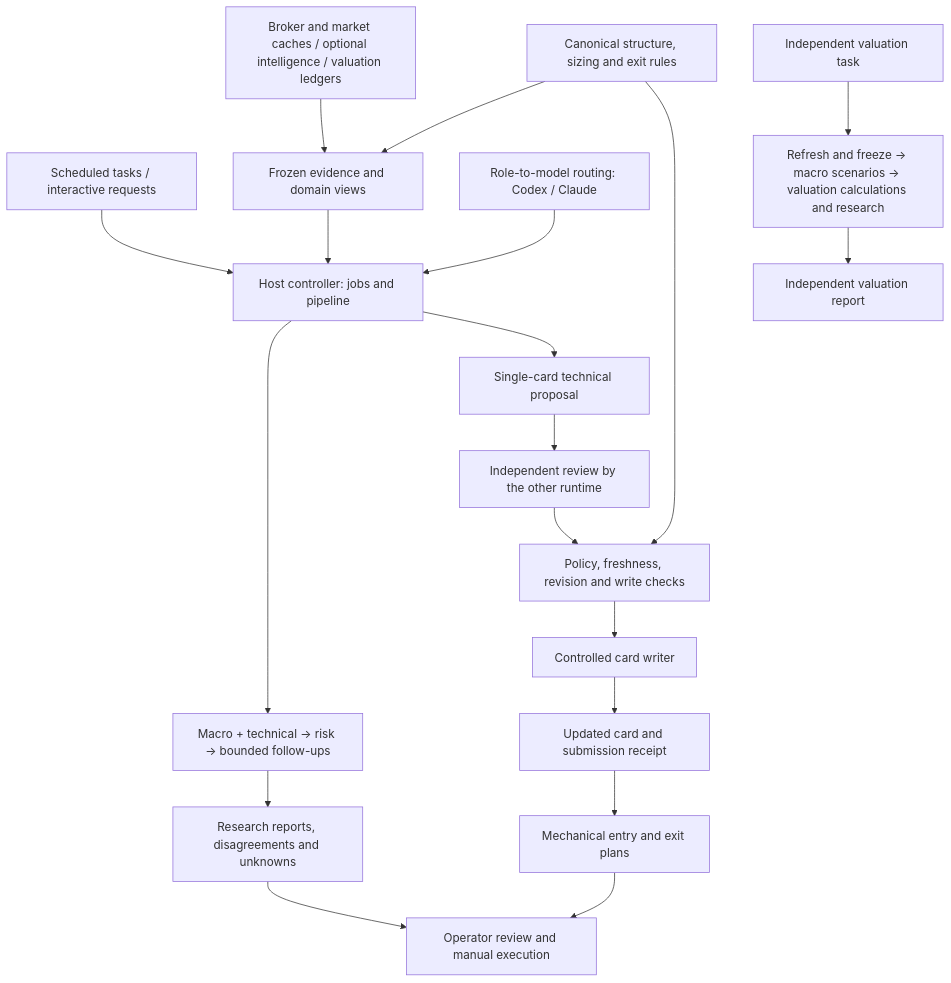
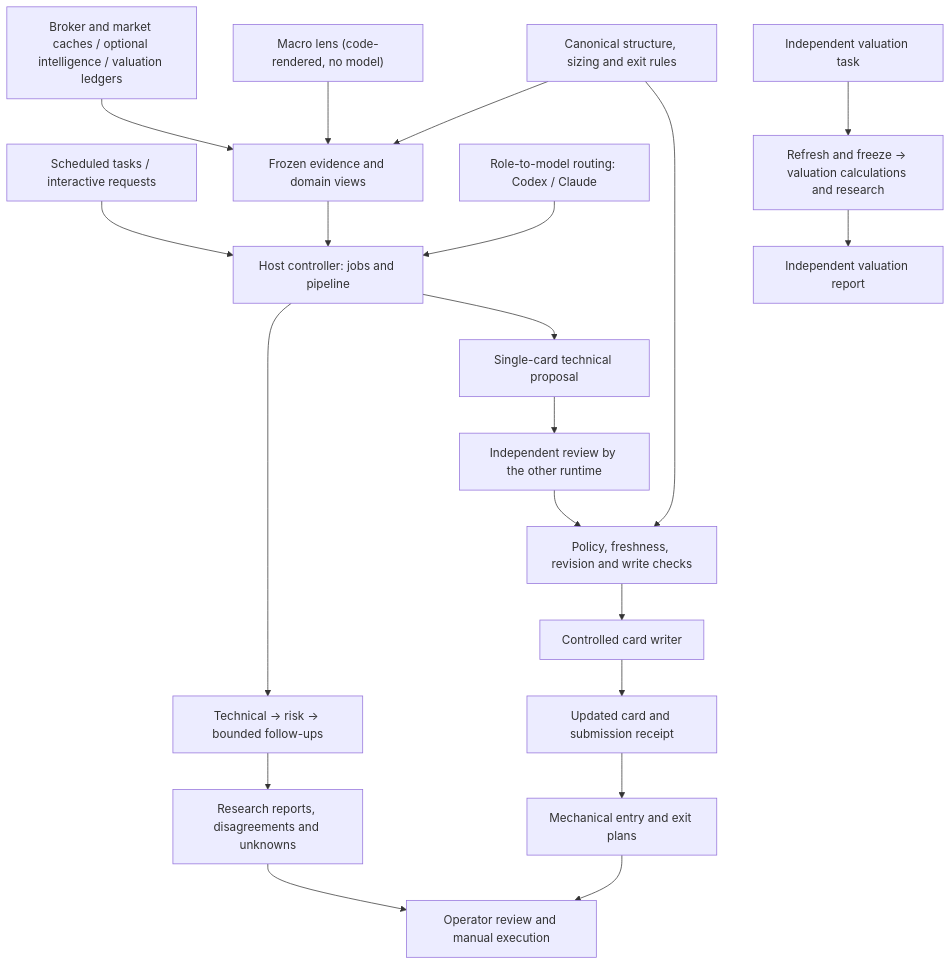
One commit to Coreychen4444/coreytrading changed the diagram in README.md. Above: the diagram before and after it, drawn with Mermaid. The commit also changed other lines of this file and 149 other files, not shown here.

````diff
--- a/README.md
+++ b/README.md
@@ -15,21 +15,22 @@
 ```mermaid
 flowchart TD
     Trigger["Scheduled tasks / interactive requests"] --> Jobs["Host controller: jobs and pipeline"]
     Sources["Broker and market caches / optional intelligence / valuation ledgers"] --> Inputs["Frozen evidence and domain views"]
     Rules["Canonical structure, sizing and exit rules"] --> Inputs
     Inputs --> Jobs
     Routes["Role-to-model routing: Codex / Claude"] --> Jobs
-    Jobs --> Workflow["Macro + technical → risk → bounded follow-ups"]
+    Jobs --> Workflow["Technical → risk → bounded follow-ups"]
+    Lens["Macro lens (code-rendered, no model)"] --> Inputs
     Workflow --> Reports["Research reports, disagreements and unknowns"]
-    ValTask["Independent valuation task"] --> ValFlow["Refresh and freeze → macro scenarios → valuation calculations and research"]
+    ValTask["Independent valuation task"] --> ValFlow["Refresh and freeze → valuation calculations and research"]
     ValFlow --> ValReport["Independent valuation report"]
     Jobs --> Card["Single-card technical proposal"]
     Card --> Review["Independent review by the other runtime"]
     Review --> Submit["Policy, freshness, revision and write checks"]
     Rules --> Submit
     Submit --> Writer["Controlled card writer"]
     Writer --> State["Updated card and submission receipt"]
     State --> Plan["Mechanical entry and exit plans"]
     Reports --> Human["Operator review and manual execution"]
     Plan --> Human
 ```
````
